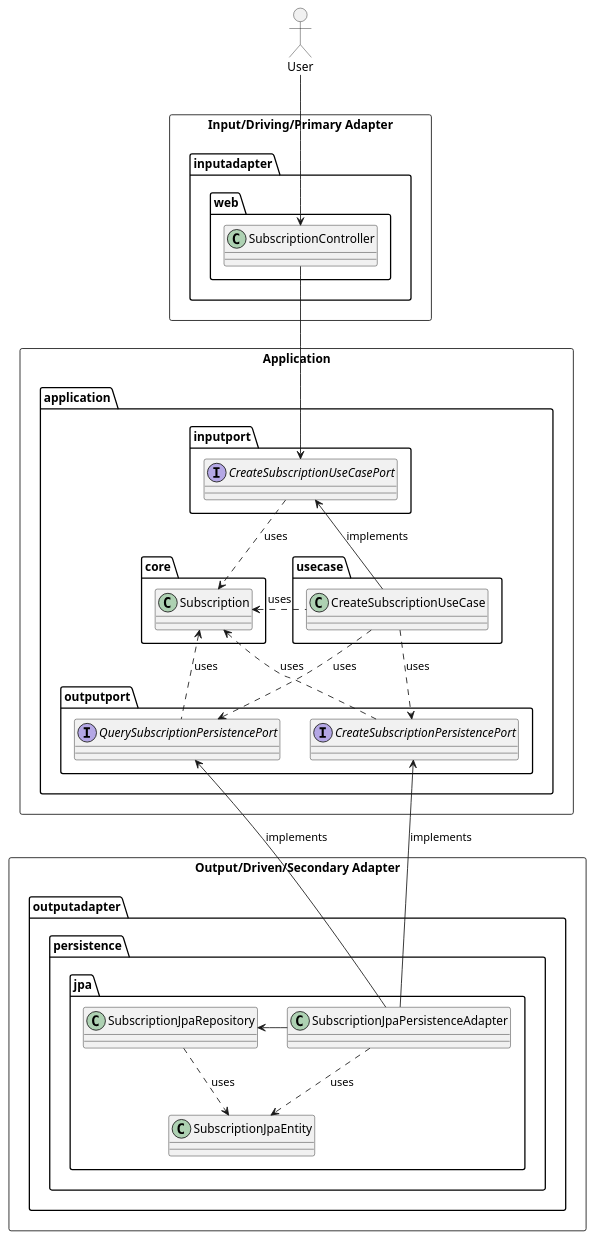
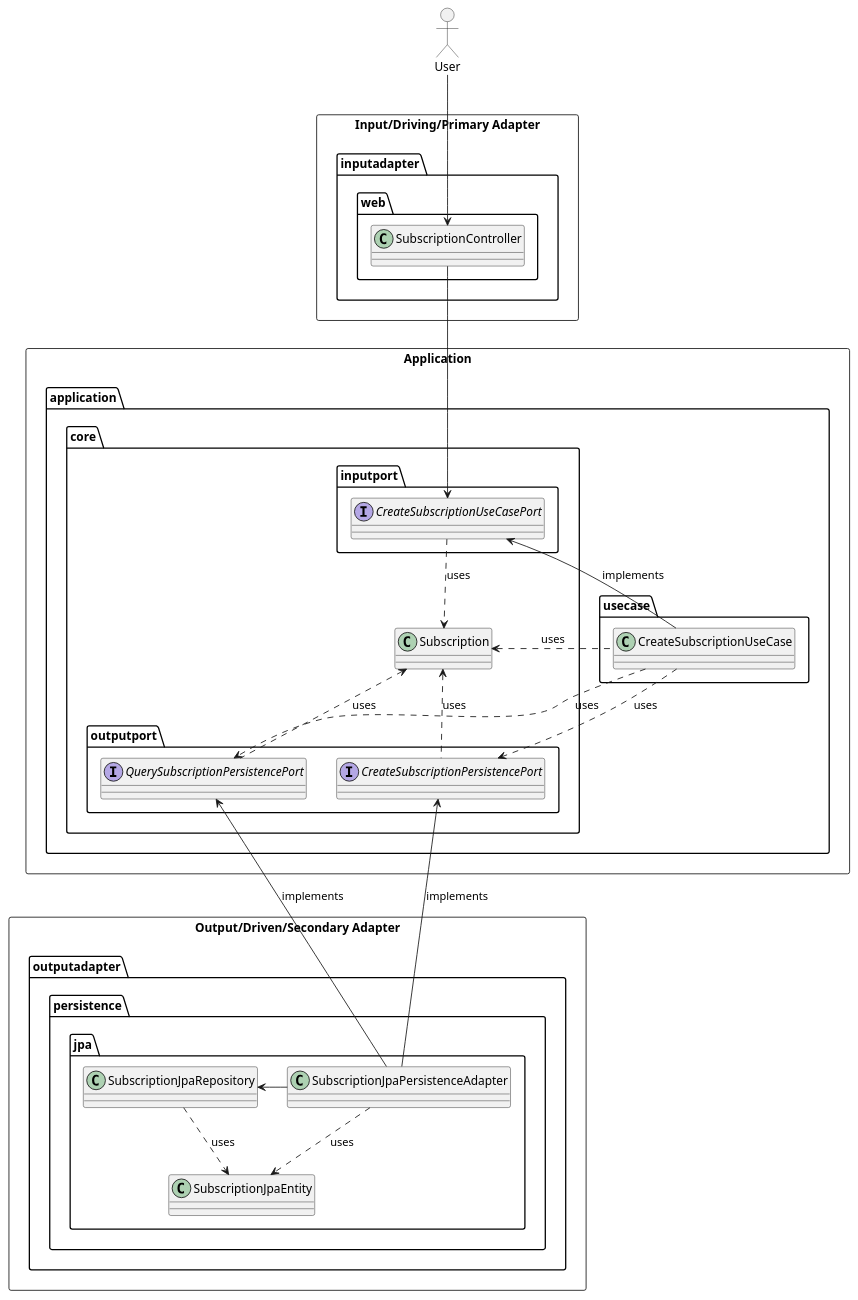
The diagram in hex/docs/diagrams/class.puml (abchau/architecture-by-examples), drawn with PlantUML before and after one commit. The commit also changed 7 other files, not shown here.

Commit message:
refactor(hex): move application core package

```diff
--- a/hex/docs/diagrams/class.puml
+++ b/hex/docs/diagrams/class.puml
@@ -1,64 +1,65 @@
 @startuml
 allowmixing
 
 rectangle "Input/Driving/Primary Adapter" {
 	package inputadapter {
 		package web {
 			class SubscriptionController
 		}
 	}
 }
 
 rectangle "Application" {
-	package application {
-		package inputport {
-			interface CreateSubscriptionUseCasePort
-		}
-
+	package application{ 
 		package usecase {
 			class CreateSubscriptionUseCase
 		}
-		
+	
 		package core {
 			class Subscription
-		}
 
-		package outputport {
-			interface CreateSubscriptionPersistencePort
-			interface QuerySubscriptionPersistencePort
+			package inputport {
+				interface CreateSubscriptionUseCasePort
+			}
+
+
+			package outputport {
+				interface CreateSubscriptionPersistencePort
+				interface QuerySubscriptionPersistencePort
+			}
 		}
 	}
 }
 
 rectangle "Output/Driven/Secondary Adapter" {
 	package outputadapter {
 		package persistence {
 			package jpa {
 				class SubscriptionJpaPersistenceAdapter
 				class SubscriptionJpaRepository
 				class SubscriptionJpaEntity
 			}
 		}
 	}
 }
 
 actor User
 User -down-> SubscriptionController
 
 SubscriptionController -down-> CreateSubscriptionUseCasePort
 CreateSubscriptionUseCasePort .down.> Subscription: uses
 CreateSubscriptionUseCase -up-> CreateSubscriptionUseCasePort: implements
 CreateSubscriptionUseCase .left.> Subscription: uses
 CreateSubscriptionUseCase .down.> CreateSubscriptionPersistencePort: uses
 CreateSubscriptionUseCase .down.> QuerySubscriptionPersistencePort: uses
 
 CreateSubscriptionPersistencePort .up.> Subscription: uses
 QuerySubscriptionPersistencePort .up.> Subscription: uses
 
 SubscriptionJpaPersistenceAdapter -up-> CreateSubscriptionPersistencePort: implements
 SubscriptionJpaPersistenceAdapter -up-> QuerySubscriptionPersistencePort: implements
 SubscriptionJpaPersistenceAdapter -left-> SubscriptionJpaRepository
 SubscriptionJpaRepository ..> SubscriptionJpaEntity: uses
 SubscriptionJpaPersistenceAdapter ..> SubscriptionJpaEntity: uses
 
 @enduml
```
